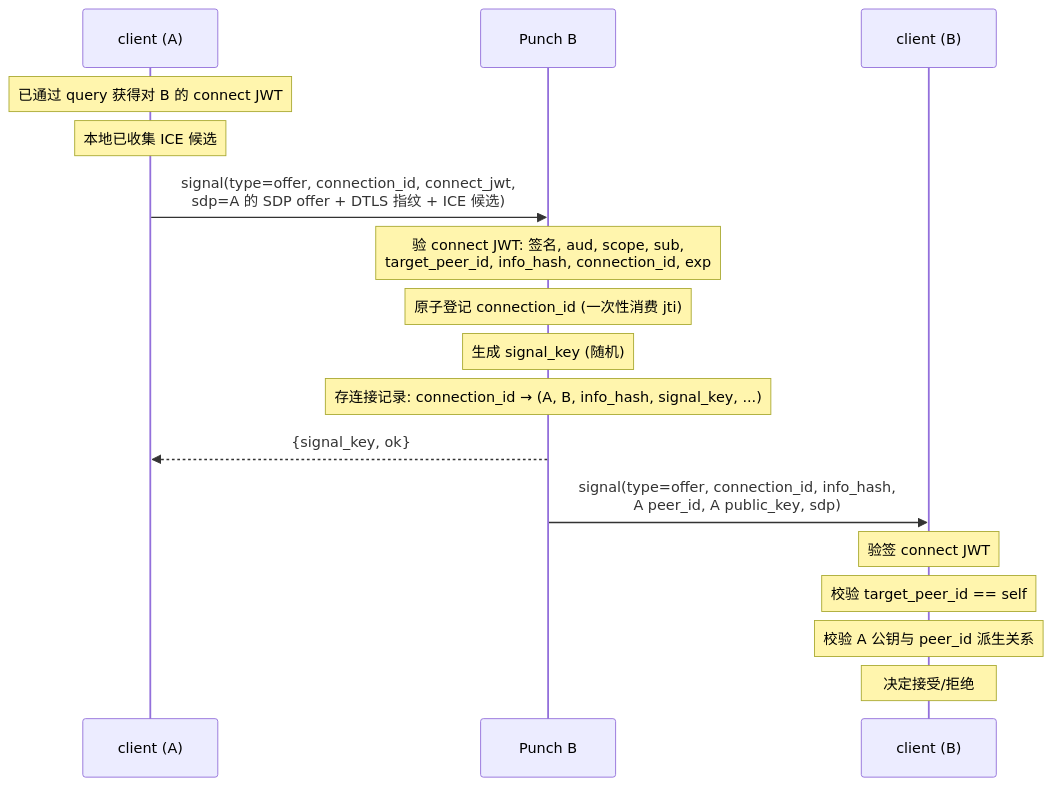
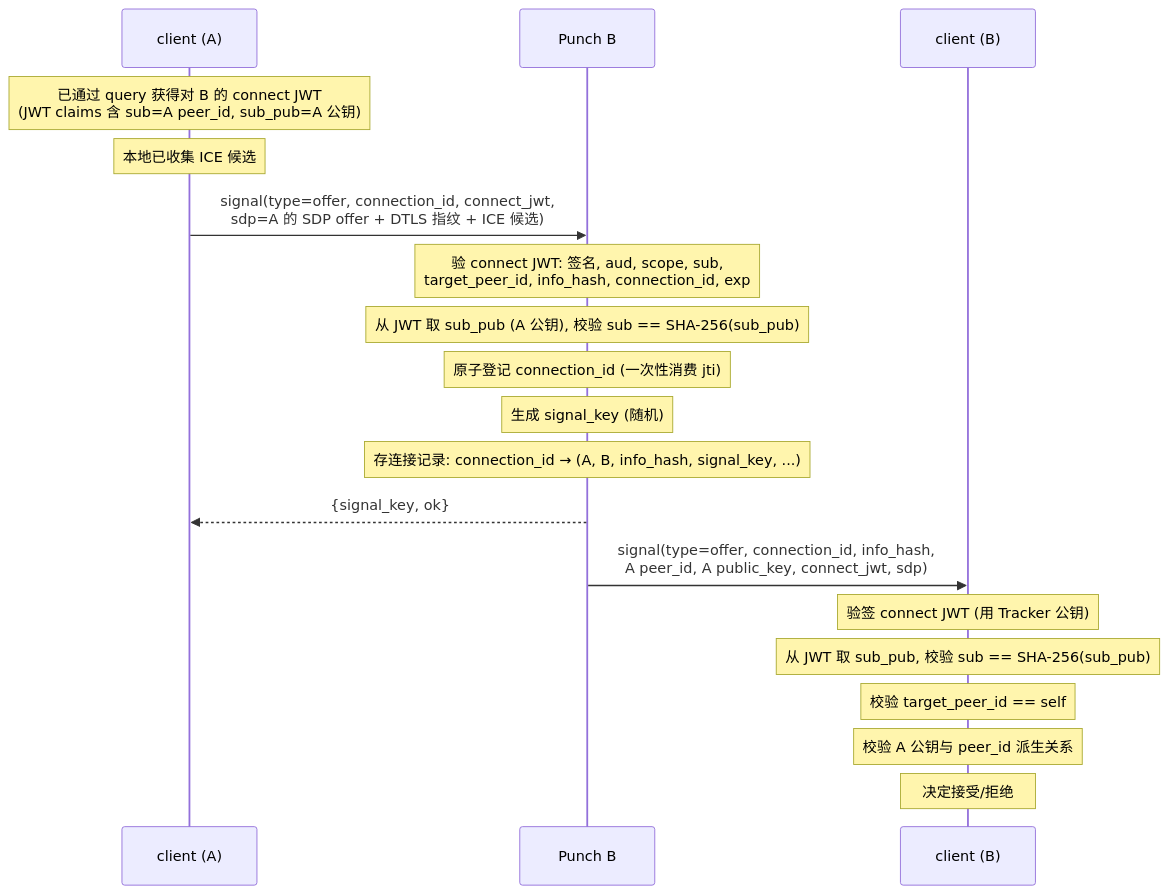
Diagram 11 of 15 in docs/design/p2p-overview.md (mivinci/p2p), drawn with Mermaid before and after one commit. The commit also changed other lines of this file, not shown here.

First line of the commit message:
docs(design): add sub_pub claim to connect JWT so Punch B knows A's public key

````diff
--- a/docs/design/p2p-overview.md
+++ b/docs/design/p2p-overview.md
@@ -818,22 +818,24 @@
 ```mermaid
 sequenceDiagram
     participant A as client (A)
     participant PB as Punch B
     participant B as client (B)
 
-    Note over A: 已通过 query 获得对 B 的 connect JWT
+    Note over A: 已通过 query 获得对 B 的 connect JWT<br/>(JWT claims 含 sub=A peer_id, sub_pub=A 公钥)
     Note over A: 本地已收集 ICE 候选
 
     A->>PB: signal(type=offer, connection_id, connect_jwt,<br/>sdp=A 的 SDP offer + DTLS 指纹 + ICE 候选)
     Note over PB: 验 connect JWT: 签名, aud, scope, sub,<br/>target_peer_id, info_hash, connection_id, exp
+    Note over PB: 从 JWT 取 sub_pub (A 公钥), 校验 sub == SHA-256(sub_pub)
     Note over PB: 原子登记 connection_id (一次性消费 jti)
     Note over PB: 生成 signal_key (随机)
     Note over PB: 存连接记录: connection_id → (A, B, info_hash, signal_key, ...)
     PB-->>A: {signal_key, ok}
 
-    PB->>B: signal(type=offer, connection_id, info_hash,<br/>A peer_id, A public_key, sdp)
-    Note over B: 验签 connect JWT
+    PB->>B: signal(type=offer, connection_id, info_hash,<br/>A peer_id, A public_key, connect_jwt, sdp)
+    Note over B: 验签 connect JWT (用 Tracker 公钥)
+    Note over B: 从 JWT 取 sub_pub, 校验 sub == SHA-256(sub_pub)
     Note over B: 校验 target_peer_id == self
     Note over B: 校验 A 公钥与 peer_id 派生关系
     Note over B: 决定接受/拒绝
 ```
````
